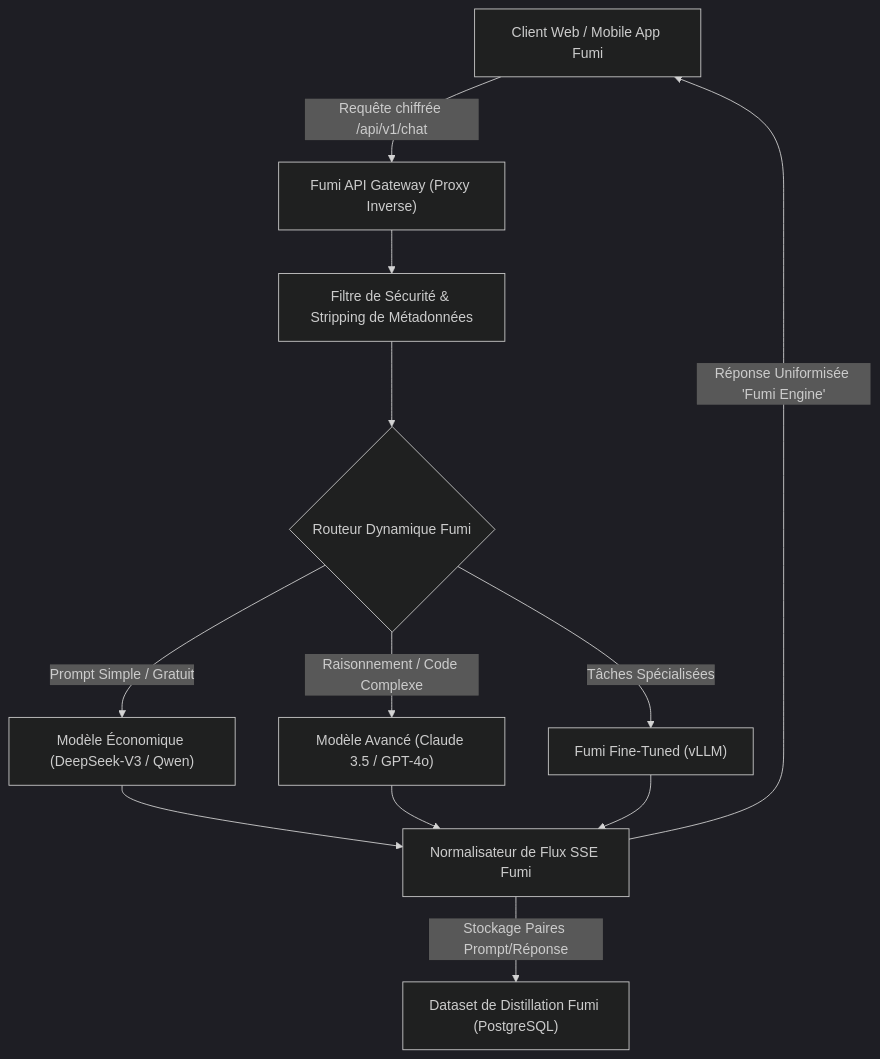
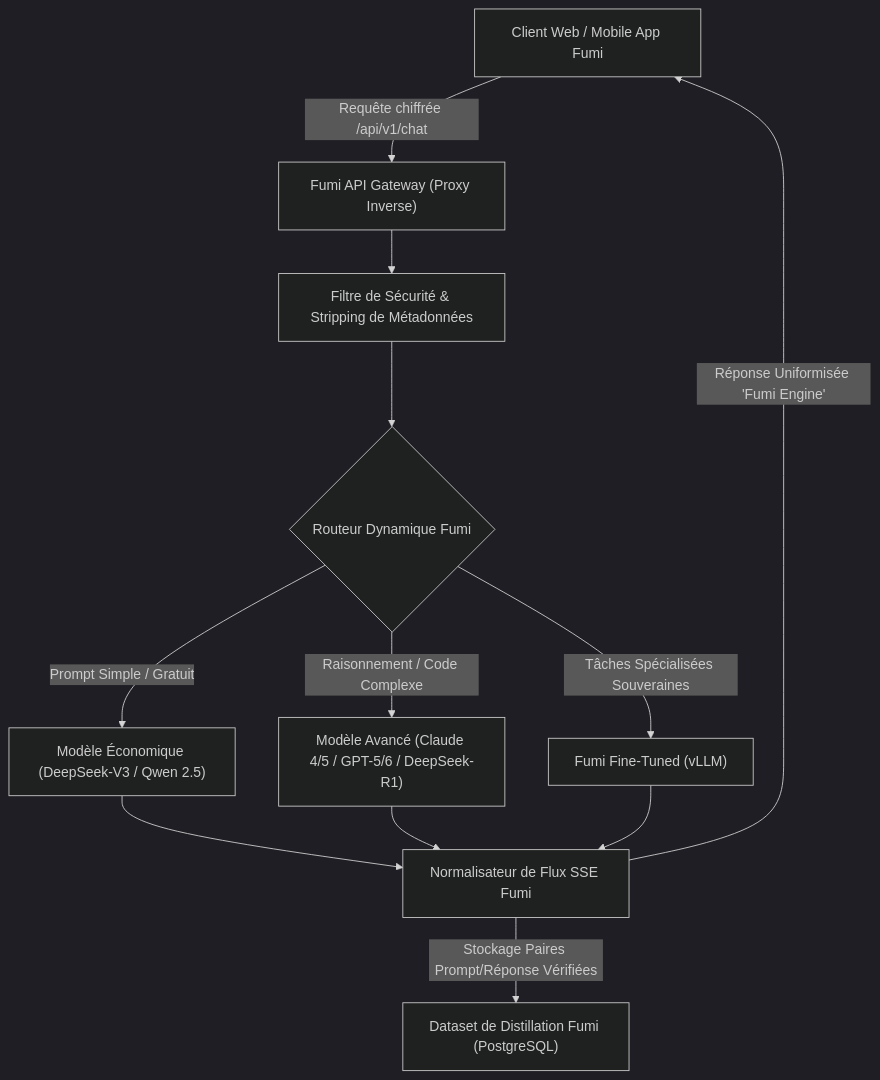
The first of 4 diagrams in docs/STRATEGIE_ET_INNOVATIONS_FUMI_IA.md (BIDE27/fumi-ai), drawn with Mermaid (dark theme) before and after one commit. The commit also changed other lines of this file, not shown here.

Commit message:
docs: mise à jour de la stratégie avec Fumi Code Engine et la rentabilité des tokens

````diff
--- a/docs/STRATEGIE_ET_INNOVATIONS_FUMI_IA.md
+++ b/docs/STRATEGIE_ET_INNOVATIONS_FUMI_IA.md
@@ -41,12 +44,12 @@
 ```mermaid
 flowchart TD
     Client["Client Web / Mobile App Fumi"] -->|"Requête chiffrée /api/v1/chat"| Gateway["Fumi API Gateway (Proxy Inverse)"]
     Gateway --> Guard["Filtre de Sécurité & Stripping de Métadonnées"]
     Guard --> Router{"Routeur Dynamique Fumi"}
-    Router -->|"Prompt Simple / Gratuit"| CheapModel["Modèle Économique (DeepSeek-V3 / Qwen)"]
-    Router -->|"Raisonnement / Code Complexe"| PowerModel["Modèle Avancé (Claude 3.5 / GPT-4o)"]
-    Router -->|"Tâches Spécialisées"| LocalModel["Fumi Fine-Tuned (vLLM)"]
+    Router -->|"Prompt Simple / Gratuit"| CheapModel["Modèle Économique (DeepSeek-V3 / Qwen 2.5)"]
+    Router -->|"Raisonnement / Code Complexe"| PowerModel["Modèle Avancé (Claude 4/5 / GPT-5/6 / DeepSeek-R1)"]
+    Router -->|"Tâches Spécialisées Souveraines"| LocalModel["Fumi Fine-Tuned (vLLM)"]
     CheapModel & PowerModel & LocalModel --> Sanitizer["Normalisateur de Flux SSE Fumi"]
-    Sanitizer -->|"Stockage Paires Prompt/Réponse"| DataWarehouse["Dataset de Distillation Fumi (PostgreSQL)"]
+    Sanitizer -->|"Stockage Paires Prompt/Réponse Vérifiées"| DataWarehouse["Dataset de Distillation Fumi (PostgreSQL)"]
     Sanitizer -->|"Réponse Uniformisée 'Fumi Engine'"| Client
 ```
````
